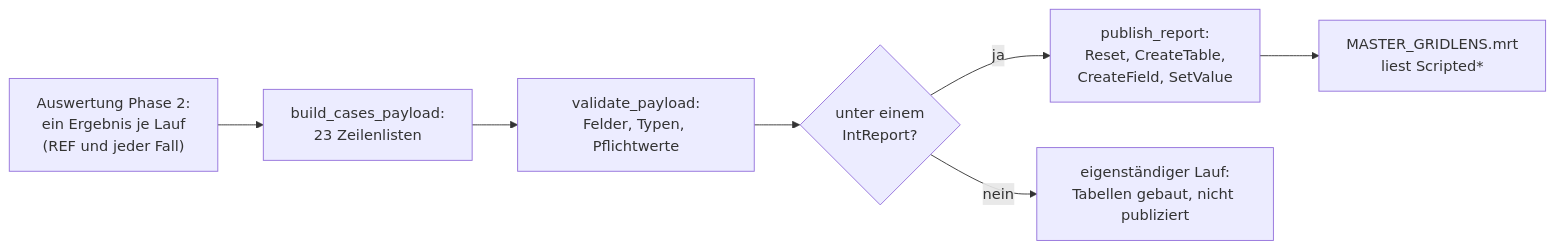
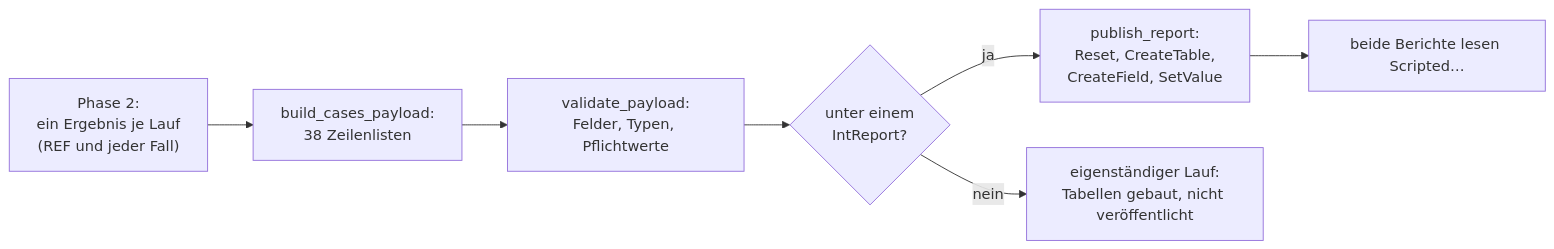
The diagram in docs/de/BERICHTSTABELLEN.md (hadiibrahim-Engin/GridLensAssessment), drawn with Mermaid before and after one commit. The commit also changed other lines of this file and 13 other files, not shown here.

````diff
--- a/docs/de/BERICHTSTABELLEN.md
+++ b/docs/de/BERICHTSTABELLEN.md
@@ -22,9 +19,9 @@
 ```mermaid
 flowchart LR
-    A["Auswertung Phase 2:<br/>ein Ergebnis je Lauf<br/>(REF und jeder Fall)"] --> B["build_cases_payload:<br/>23 Zeilenlisten"]
+    A["Phase 2:<br/>ein Ergebnis je Lauf<br/>(REF und jeder Fall)"] --> B["build_cases_payload:<br/>38 Zeilenlisten"]
     B --> C["validate_payload:<br/>Felder, Typen, Pflichtwerte"]
     C --> D{"unter einem<br/>IntReport?"}
     D -- ja --> E["publish_report:<br/>Reset, CreateTable,<br/>CreateField, SetValue"]
-    D -- nein --> F["eigenständiger Lauf:<br/>Tabellen gebaut, nicht publiziert"]
-    E --> G["MASTER_GRIDLENS.mrt<br/>liest Scripted*"]
+    D -- nein --> F["eigenständiger Lauf:<br/>Tabellen gebaut, nicht veröffentlicht"]
+    E --> G["beide Berichte lesen Scripted…"]
 ```
````
